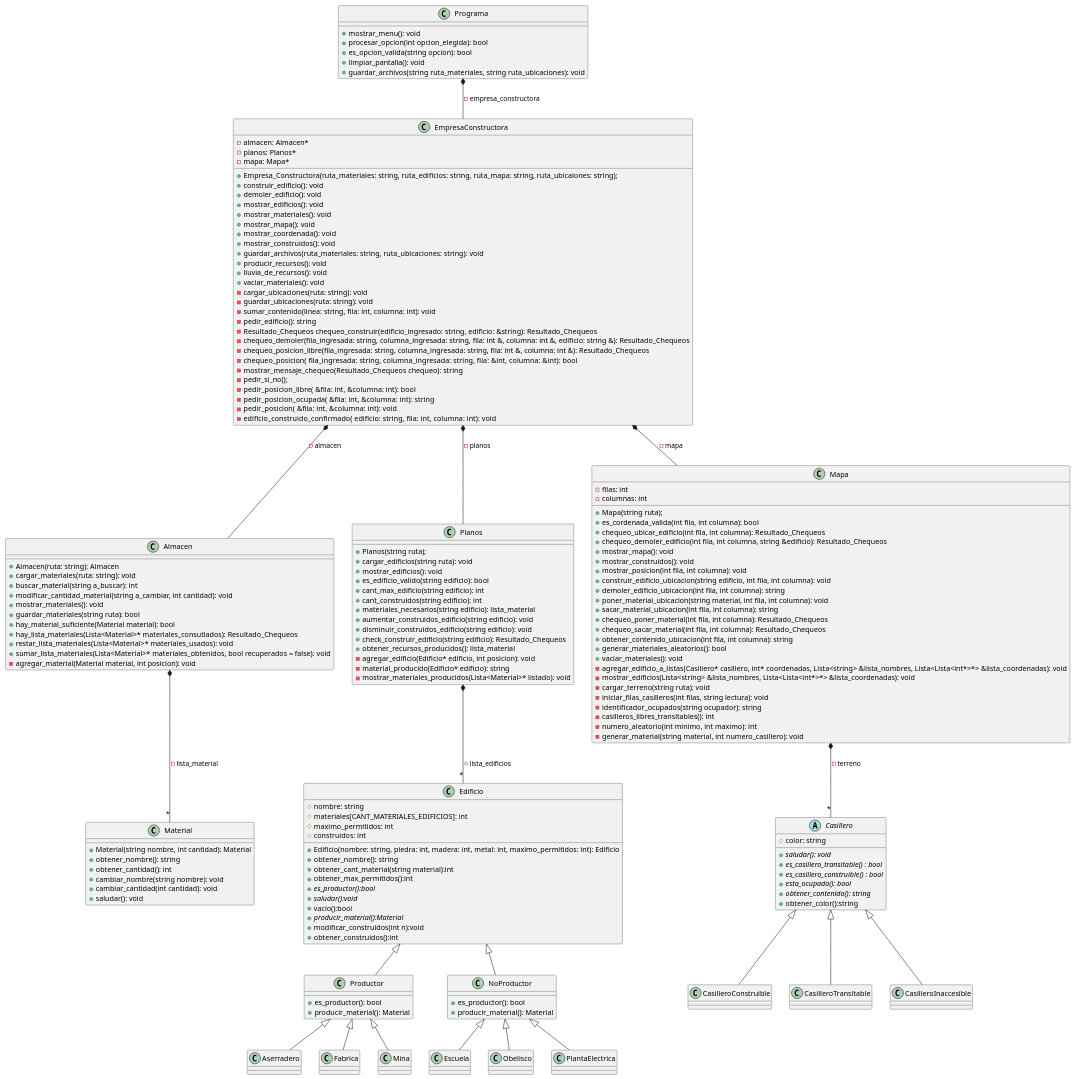
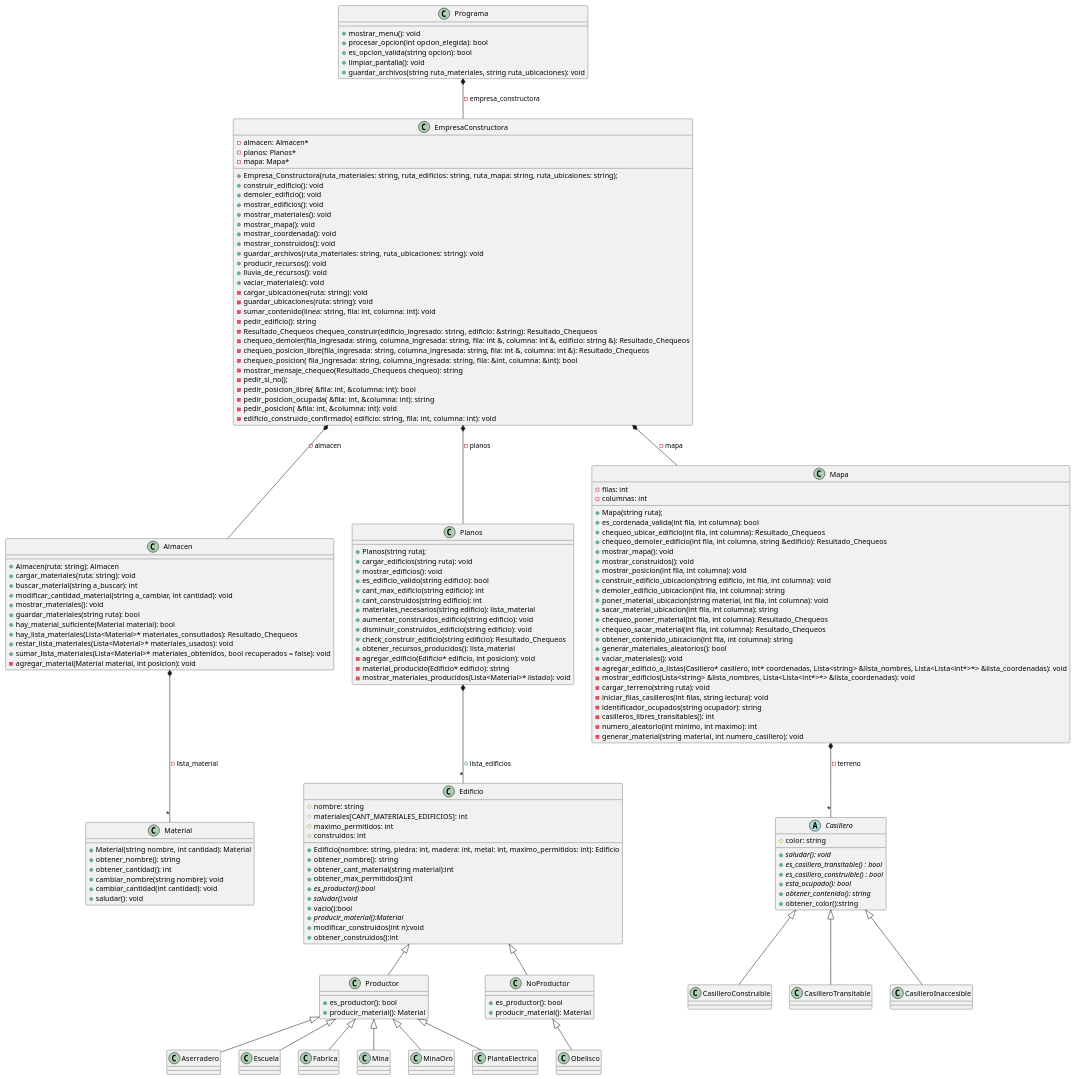
The diagram in TP3.wsd (jab227/TP3_Andypolis), drawn with PlantUML before and after one commit.

Commit message:
Actualizacion del UML - edificios

```diff
--- a/TP3.wsd
+++ b/TP3.wsd
@@ -1,173 +1,174 @@
 @startuml TP3_PerfectCell
 ' Pueden utilizar https://plantuml-editor.kkeisuke.com/ para copiar y pegar el codigo. 
 ' La pagina tiene cheatsheet para ver la sintaxis. 
 skinparam SequenceMessageAlignment center
 class Almacen{
     + Almacen(ruta: string): Almacen
     + cargar_materiales(ruta: string): void
  	+ buscar_material(string a_buscar): int
     + modificar_cantidad_material(string a_cambiar, int cantidad): void
 	+ mostrar_materiales(): void 
     + guardar_materiales(string ruta): bool
     + hay_material_suficiente(Material material): bool
     + hay_lista_materiales(Lista<Material>* materiales_consutlados): Resultado_Chequeos
     + restar_lista_materiales(Lista<Material>* materiales_usados): void
  	+ sumar_lista_materiales(Lista<Material>* materiales_obtenidos, bool recuperados = false): void
     - agregar_material(Material material, int posicion): void
 
 }
 
 abstract class Casillero{
 	 # color: string
  	+ {abstract} saludar(): void
  	+ {abstract} es_casillero_transitable() : bool
  	+ {abstract} es_casillero_construible() : bool
 	+ {abstract} esta_ocupado(): bool
 	+ {abstract} obtener_contenido(): string
  	+ obtener_color():string
 }
 
 class Edificio{
 	# nombre: string
     # materiales[CANT_MATERIALES_EDIFICIOS]: int
 	# maximo_permitidos: int
 	# construidos: int
 
  	+ Edificio(nombre: string, piedra: int, madera: int, metal: int, maximo_permitidos: int): Edificio
     + obtener_nombre(): string
 	+ obtener_cant_material(string material):int
     + obtener_max_permitidos():int
 	+ {abstract} es_productor():bool
     + {abstract} saludar():void
     + vacio():bool
 	+ {abstract} producir_material():Material
 	+ modificar_construidos(int n):void
     + obtener_construidos():int
 
 }
 class EmpresaConstructora{
     - almacen: Almacen*
     - planos: Planos*
 	- mapa: Mapa*
 	+Empresa_Constructora(ruta_materiales: string, ruta_edificios: string, ruta_mapa: string, ruta_ubicaiones: string);
 	+ construir_edificio(): void
     + demoler_edificio(): void
 	+ mostrar_edificios(): void
 	+ mostrar_materiales(): void
 	+ mostrar_mapa(): void
 	+ mostrar_coordenada(): void
 	+ mostrar_construidos(): void
 	+ guardar_archivos(ruta_materiales: string, ruta_ubicaciones: string): void
     + producir_recursos(): void
     + lluvia_de_recursos(): void
     + vaciar_materiales(): void
     -cargar_ubicaciones(ruta: string): void
 	-guardar_ubicaciones(ruta: string): void
     -sumar_contenido(linea: string, fila: int, columna: int): void
 	-pedir_edificio(): string
 	-Resultado_Chequeos chequeo_construir(edificio_ingresado: string, edificio: &string): Resultado_Chequeos 
 	-chequeo_demoler(fila_ingresada: string, columna_ingresada: string, fila: int &, columna: int &, edificio: string &): Resultado_Chequeos
 	-chequeo_posicion_libre(fila_ingresada: string, columna_ingresada: string, fila: int &, columna: int &): Resultado_Chequeos
 	-chequeo_posicion( fila_ingresada: string,  columna_ingresada: string,  fila: &int, columna: &int): bool
 	-mostrar_mensaje_chequeo(Resultado_Chequeos chequeo): string
 	-pedir_si_no();
 	-pedir_posicion_libre( &fila: int,  &columna: int): bool
 	-pedir_posicion_ocupada( &fila: int,  &columna: int): string
 	-pedir_posicion( &fila: int,  &columna: int): void
     -edificio_construido_confirmado( edificio: string,  fila: int,  columna: int): void
 }
 class Planos{
     + Planos(string ruta);
 	+  cargar_edificios(string ruta): void
  	+  mostrar_edificios(): void
 	+  es_edificio_valido(string edificio): bool
 	+  cant_max_edificio(string edificio): int
     +  cant_construidos(string edificio): int
     +  materiales_necesarios(string edificio): lista_material
 	+ aumentar_construidos_edificio(string edificio): void
 	+ disminuir_construidos_edificio(string edificio): void
 	+ check_construir_edificio(string edificio): Resultado_Chequeos
 	+ obtener_recursos_producidos(): lista_material
 	- agregar_edificio(Edificio* edificio, int posicion): void
 	- material_producido(Edificio* edificio): string
 	- mostrar_materiales_producidos(Lista<Material>* listado): void
 }
 
 class Mapa{
 	- filas: int
     - columnas: int
 
 	+Mapa(string ruta);
     +es_cordenada_valida(int fila, int columna): bool
     + chequeo_ubicar_edificio(int fila, int columna): Resultado_Chequeos
 	+ chequeo_demoler_edificio(int fila, int columna, string &edificio): Resultado_Chequeos
     + mostrar_mapa(): void
     + mostrar_construidos(): void
 	+ mostrar_posicion(int fila, int columna): void
 	+ construir_edificio_ubicacion(string edificio, int fila, int columna): void
     + demoler_edificio_ubicacion(int fila, int columna): string
     + poner_material_ubicacion(string material, int fila, int columna): void
     + sacar_material_ubicacion(int fila, int columna): string
 	+ chequeo_poner_material(int fila, int columna): Resultado_Chequeos
 	+ chequeo_sacar_material(int fila, int columna): Resultado_Chequeos
 	+ obtener_contenido_ubicacion(int fila, int columna): string
 	+ generar_materiales_aleatorios(): bool
 	+ vaciar_materiales(): void
     - agregar_edificio_a_listas(Casillero* casillero, int* coordenadas, Lista<string> &lista_nombres, Lista<Lista<int*>*> &lista_coordenadas): void
 	- mostrar_edificios(Lista<string> &lista_nombres, Lista<Lista<int*>*> &lista_coordenadas): void
 	- cargar_terreno(string ruta): void
 	- iniciar_filas_casilleros(int filas, string lectura): void
 	- identificador_ocupados(string ocupador): string
 	- casilleros_libres_transitables(): int
 	- numero_aleatorio(int minimo, int maximo): int
 	- generar_material(string material, int numero_casillero): void
 }
 
 class Material{
 	+ Material(string nombre, int cantidad): Material
 	+ obtener_nombre(): string
 	+ obtener_cantidad(): int
 	+ cambiar_nombre(string nombre): void
 	+ cambiar_cantidad(int cantidad): void
 	+ saludar(): void
 }
 
 class Programa{
 	+ mostrar_menu(): void
 	+ procesar_opcion(int opcion_elegida): bool
 	+ es_opcion_valida(string opcion): bool
 	+ limpiar_pantalla(): void
 	+ guardar_archivos(string ruta_materiales, string ruta_ubicaciones): void
 }
 
 class Productor{
     + es_productor(): bool
     + producir_material(): Material
 }
 class NoProductor{
     + es_productor(): bool
     + producir_material(): Material
 }
 
 ' RELACIONES '
 EmpresaConstructora *-- Planos: - planos
 EmpresaConstructora *-- Almacen: - almacen
 EmpresaConstructora *-- Mapa: - mapa
 Almacen *--"*" Material: - lista_material
 Planos *--"*" Edificio: + lista_edificios
 Mapa *--"*" Casillero: - terreno
 Programa *-- EmpresaConstructora: - empresa_constructora
 
 Casillero <|-- CasilleroConstruible
 Casillero <|-- CasilleroTransitable
 Casillero <|-- CasilleroInaccesible
 
 Productor <|-- Aserradero
-NoProductor <|-- Escuela
+Productor <|-- Escuela
 Productor <|-- Fabrica
 Productor <|-- Mina
+Productor <|-- MinaOro
 Edificio <|-- NoProductor
 NoProductor <|-- Obelisco
-NoProductor <|-- PlantaElectrica
+Productor <|-- PlantaElectrica
 Edificio <|-- Productor
 @enduml
```
